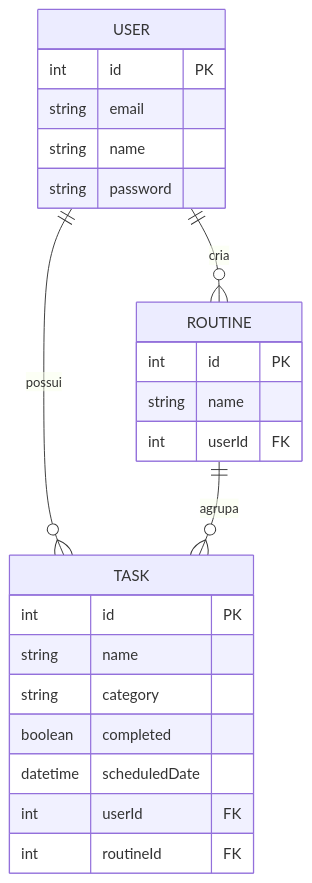
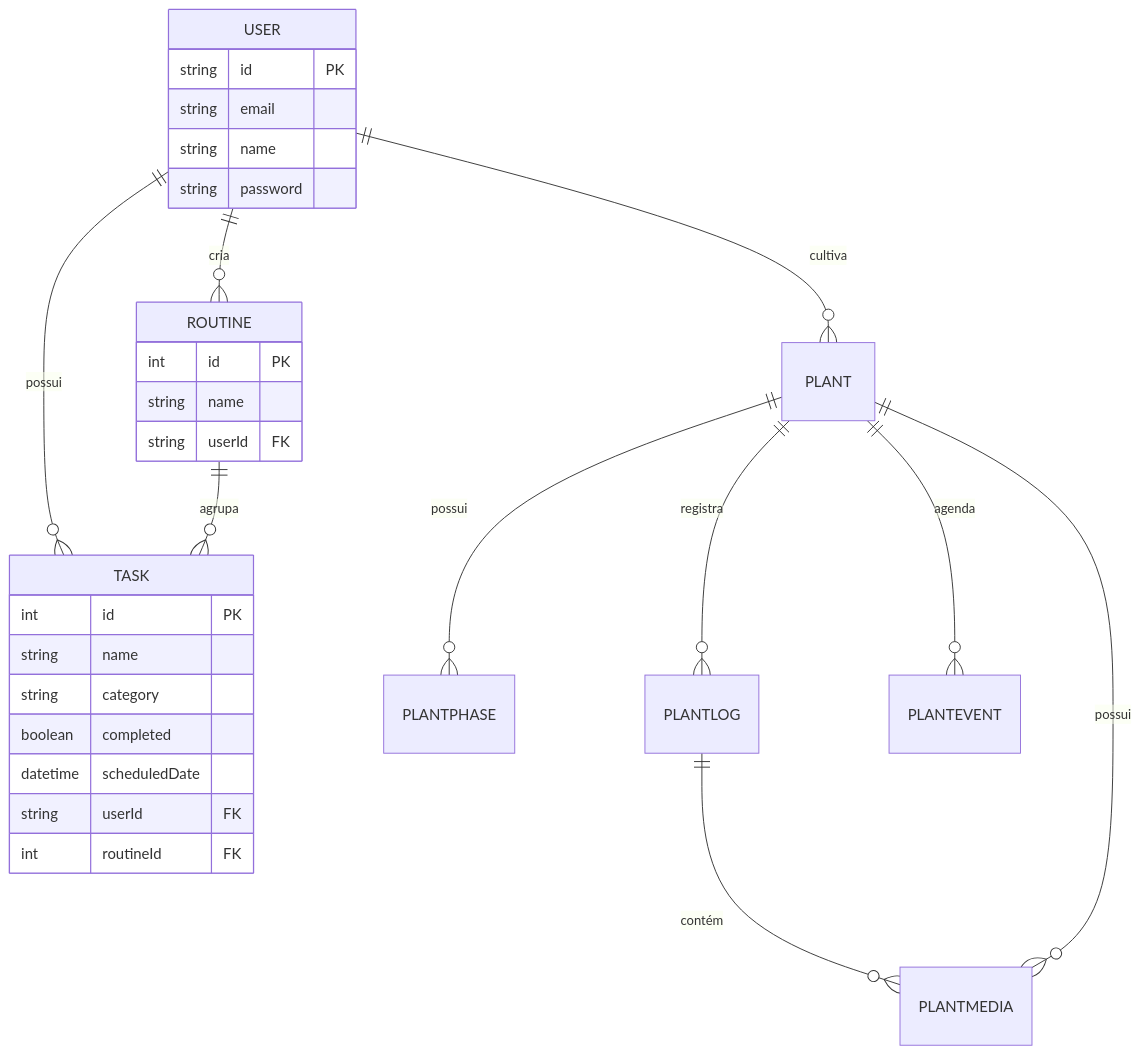
One commit to Smitti7971/ploc-core changed the diagram in docs/knowledge/MODELO_DE_DADOS.md. Above: the diagram before and after it, drawn with Mermaid. The commit also changed other lines of this file and 84 other files, not shown here.

````diff
--- a/docs/knowledge/MODELO_DE_DADOS.md
+++ b/docs/knowledge/MODELO_DE_DADOS.md
@@ -53,29 +134,35 @@
 ```mermaid
 erDiagram
     USER ||--o{ ROUTINE : "cria"
     USER ||--o{ TASK : "possui"
     ROUTINE ||--o{ TASK : "agrupa"
+    USER ||--o{ PLANT : "cultiva"
+    PLANT ||--o{ PLANTPHASE : "possui"
+    PLANT ||--o{ PLANTLOG : "registra"
+    PLANT ||--o{ PLANTEVENT : "agenda"
+    PLANTLOG ||--o{ PLANTMEDIA : "contém"
+    PLANT ||--o{ PLANTMEDIA : "possui"
 
     USER {
-        int id PK
+        string id PK
         string email
         string name
         string password
     }
 
     ROUTINE {
         int id PK
         string name
-        int userId FK
+        string userId FK
     }
 
     TASK {
         int id PK
         string name
         string category
         boolean completed
         datetime scheduledDate
-        int userId FK
+        string userId FK
         int routineId FK
     }
 ```
````
